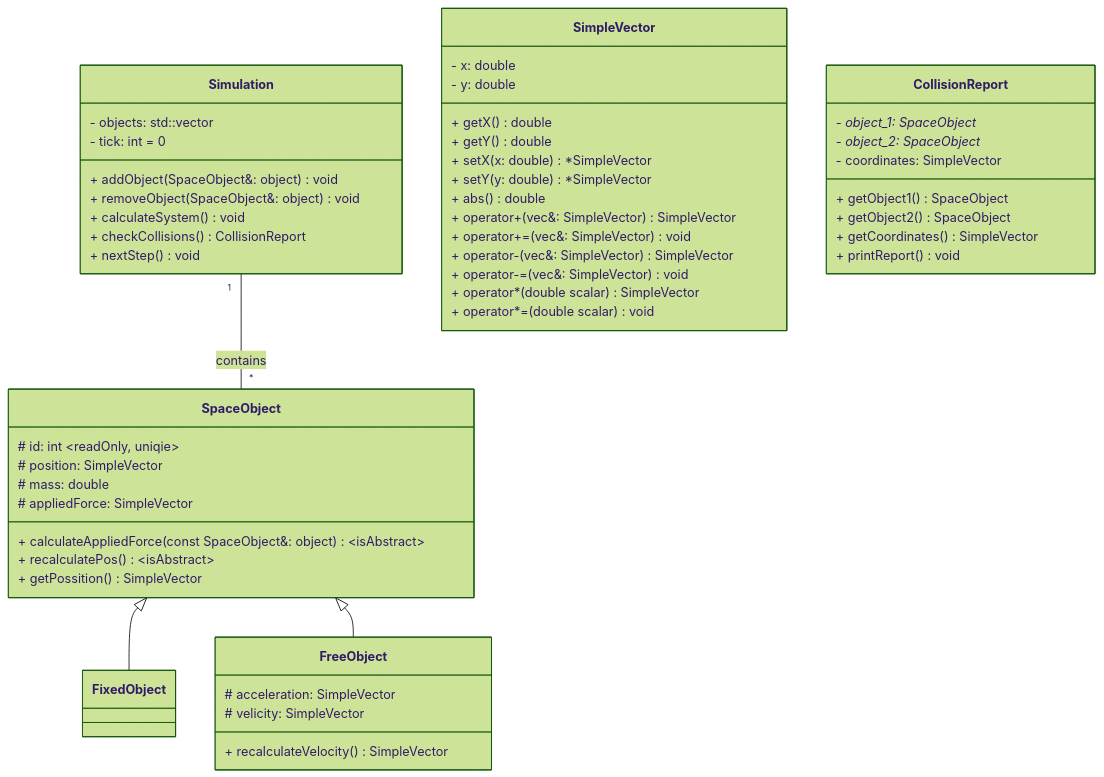
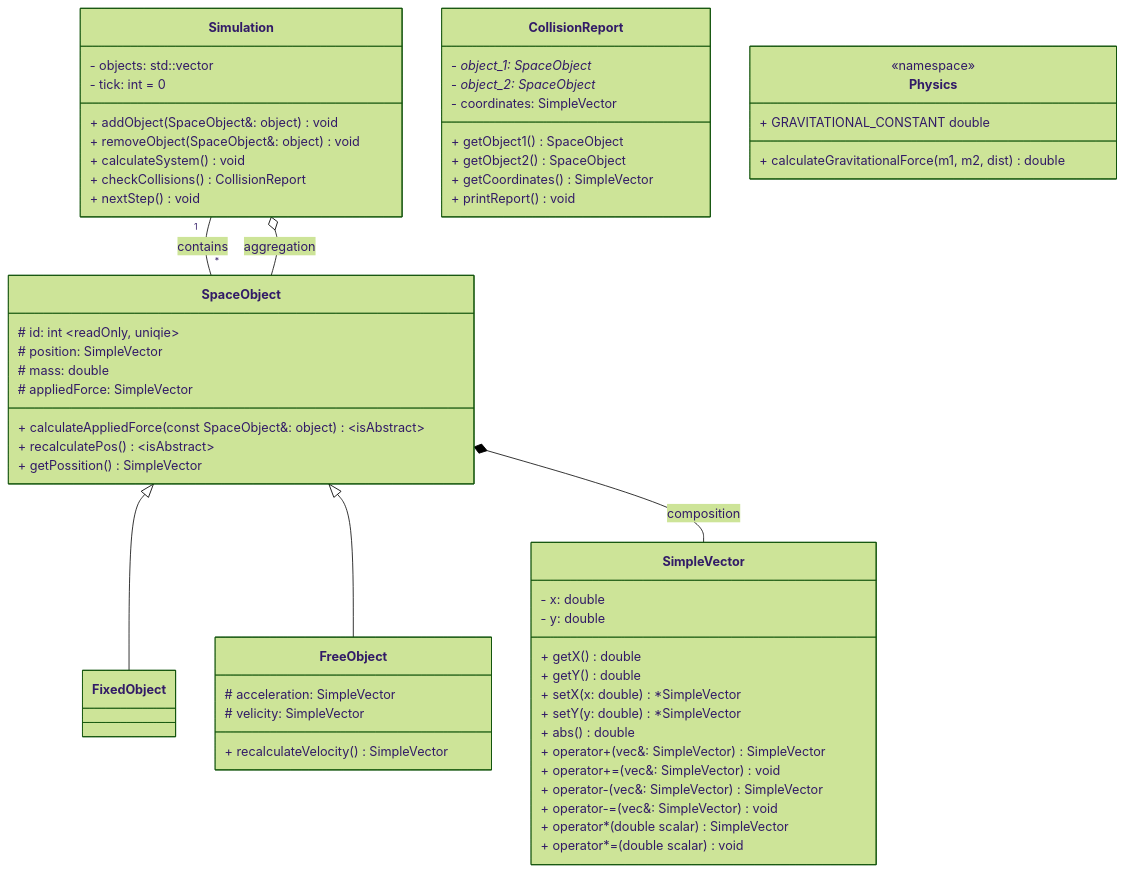
Before and after one commit to kotenko-o/simple-orbit-simulator: the diagram in docs/classDiagram.mmd, drawn with Mermaid (forest theme). The commit also changed 1 other file, not shown here.

Commit message:
feat: add physics namespace

```diff
--- a/docs/classDiagram.mmd
+++ b/docs/classDiagram.mmd
@@ -1,61 +1,70 @@
 classDiagram
 
     SpaceObject <|-- FixedObject
     SpaceObject <|-- FreeObject
     Simulation "1" -- "*" SpaceObject : contains
+
+    SpaceObject *-- SimpleVector : composition
+    Simulation o-- SpaceObject : aggregation
     
     class Simulation {
         - objects: std::vector<SpaceObject*>
         - tick: int = 0
         + addObject(SpaceObject&: object) void
         + removeObject(SpaceObject&: object) void
         + calculateSystem() void
         + checkCollisions() CollisionReport
         + nextStep() void
     }
 
     class SpaceObject {
         # id: int ~readOnly, uniqie~
         # position: SimpleVector
         # mass: double
         # appliedForce: SimpleVector
         + calculateAppliedForce(const SpaceObject&: object) ~isAbstract~
         + recalculatePos() ~isAbstract~
         + getPossition() SimpleVector
     }
 
     class FixedObject {
         
     }
 
     class FreeObject {
         # acceleration: SimpleVector
         # velicity: SimpleVector
         + recalculateVelocity() SimpleVector
     }
 
     class SimpleVector {
         - x: double
         - y: double
         + getX() double
         + getY() double
         + setX(x: double) *SimpleVector
         + setY(y: double) *SimpleVector
         + abs() double
         + operator+(vec&: SimpleVector) SimpleVector
         + operator+=(vec&: SimpleVector) void
         + operator-(vec&: SimpleVector) SimpleVector
         + operator-=(vec&: SimpleVector) void
         + operator*(double scalar) SimpleVector
         + operator*=(double scalar) void
     }
 
     class CollisionReport {
         - object_1: SpaceObject*
         - object_2: SpaceObject*
         - coordinates: SimpleVector
         + getObject1() SpaceObject
         + getObject2() SpaceObject
         + getCoordinates() SimpleVector
         + printReport() void
     }
+
+    class Physics {
+        <<namespace>>
+        + GRAVITATIONAL_CONSTANT double
+        + calculateGravitationalForce(m1, m2, dist) double
+    }
```
